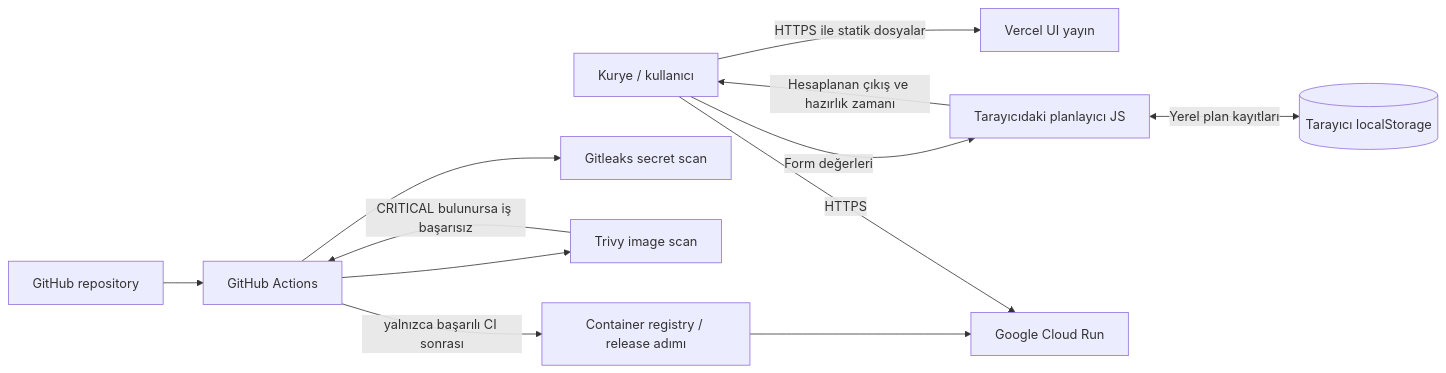
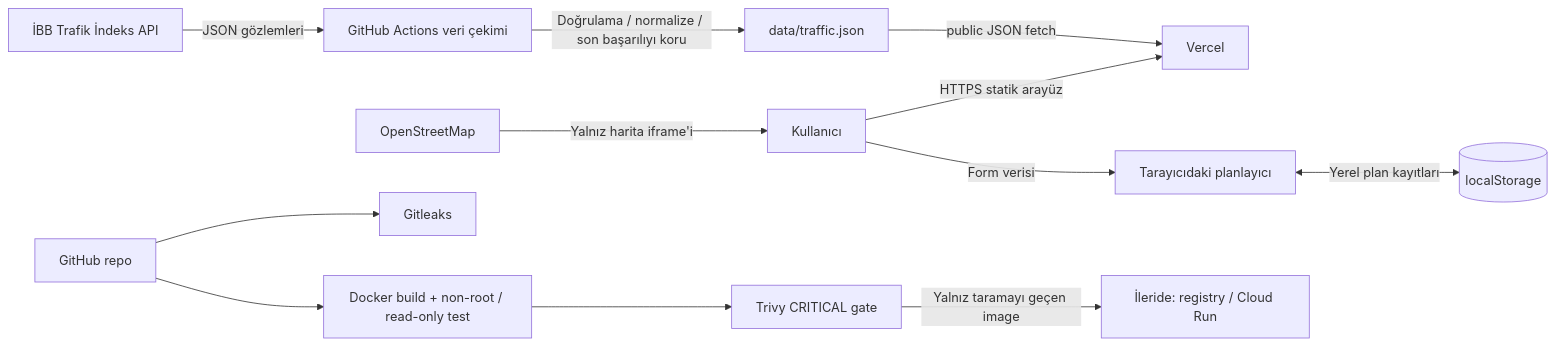
The diagram in docs/architecture.md (oguzhansapmaz/kurye-cikis-saati-planlayici), drawn with Mermaid before and after one commit. The commit also changed other lines of this file and 31 other files, not shown here.

````diff
--- a/docs/architecture.md
+++ b/docs/architecture.md
@@ -14,14 +16,14 @@
 ```mermaid
 flowchart LR
-    U[Kurye / kullanıcı] -->|HTTPS ile statik dosyalar| V[Vercel UI yayın]
-    U -->|Form değerleri| B[Tarayıcıdaki planlayıcı JS]
-    B -->|Hesaplanan çıkış ve hazırlık zamanı| U
-    B <--> |Yerel plan kayıtları| L[(Tarayıcı localStorage)]
-    G[GitHub repository] --> A[GitHub Actions]
-    A --> S[Gitleaks secret scan]
-    A --> T[Trivy image scan]
-    T -->|CRITICAL bulunursa iş başarısız| A
-    A -->|yalnızca başarılı CI sonrası| R[Container registry / release adımı]
-    R --> C[Google Cloud Run]
-    U -->|HTTPS| C
+    U[Kullanıcı] -->|HTTPS statik arayüz| V[Vercel]
+    U -->|Form verisi| P[Tarayıcıdaki planlayıcı]
+    P <--> |Yerel plan kayıtları| L[(localStorage)]
+    I[İBB Trafik İndeks API] -->|JSON gözlemleri| A[GitHub Actions veri çekimi]
+    A -->|Doğrulama / normalize / son başarılıyı koru| D[data/traffic.json]
+    D -->|public JSON fetch| V
+    O[OpenStreetMap] -->|Yalnız harita iframe'i| U
+    G[GitHub repo] --> S[Gitleaks]
+    G --> B[Docker build + non-root / read-only test]
+    B --> T[Trivy CRITICAL gate]
+    T -->|Yalnız taramayı geçen image| R[İleride: registry / Cloud Run]
 ```
````
